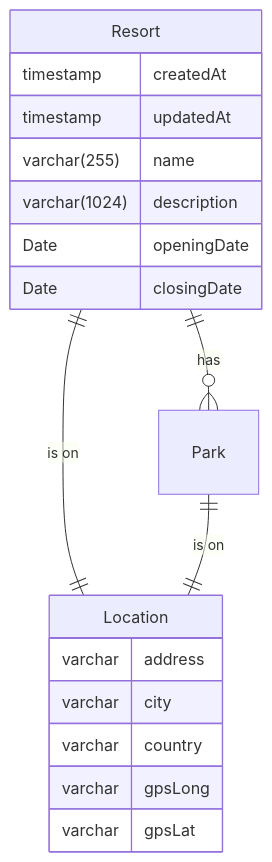
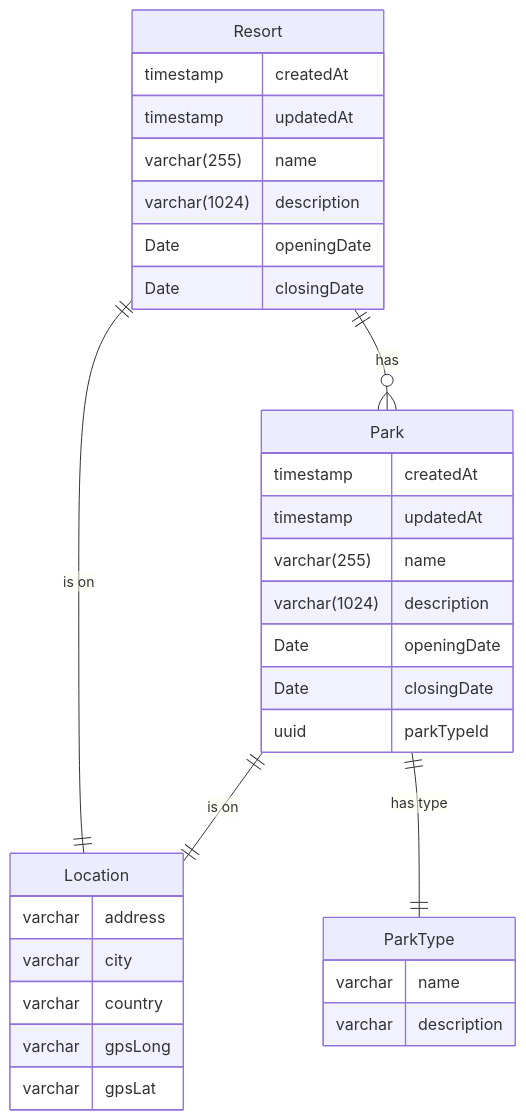
One commit to BasBrunink/tpdb changed the diagram in documentation/datamodel/erd.mermaid. Above: the diagram before and after it, drawn with Mermaid. The commit also changed 40 other files, not shown here.

```diff
--- a/documentation/datamodel/erd.mermaid
+++ b/documentation/datamodel/erd.mermaid
@@ -1,27 +1,44 @@
 
 erDiagram
 
 Resort ||--o{ Park: has
 Resort ||--|| Location: "is on"
 
 Park ||--|| Location: "is on"
+Park ||--|| ParkType: "has type"
+
+
+ParkType {
+    varchar name
+    varchar description
+}
+
+Park {
+    timestamp createdAt
+    timestamp updatedAt
+    varchar(255) name
+    varchar(1024) description
+    Date openingDate
+    Date closingDate
+    uuid parkTypeId
+}
 
 
 Resort {
 
     timestamp createdAt
     timestamp updatedAt
     varchar(255) name
     varchar(1024) description
     Date openingDate
     Date closingDate
 
 }
 
 Location {
     varchar address
     varchar city
     varchar country
     varchar gpsLong
     varchar gpsLat
 }
```
